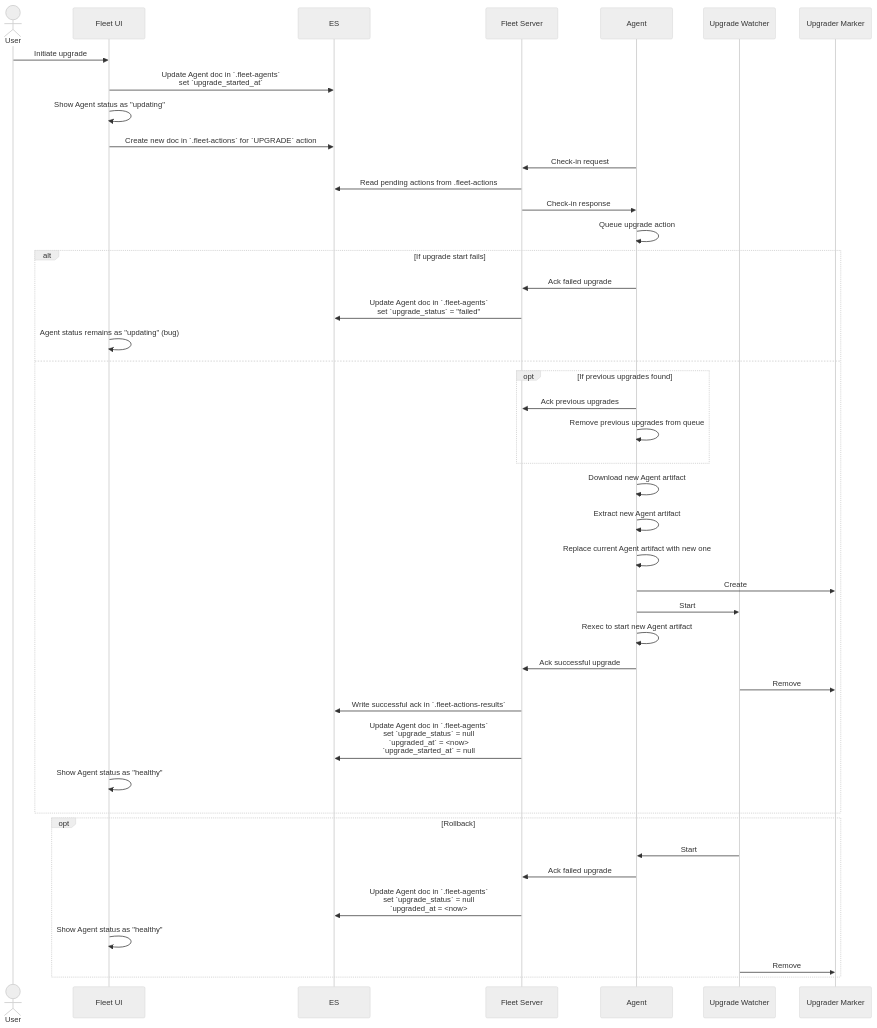
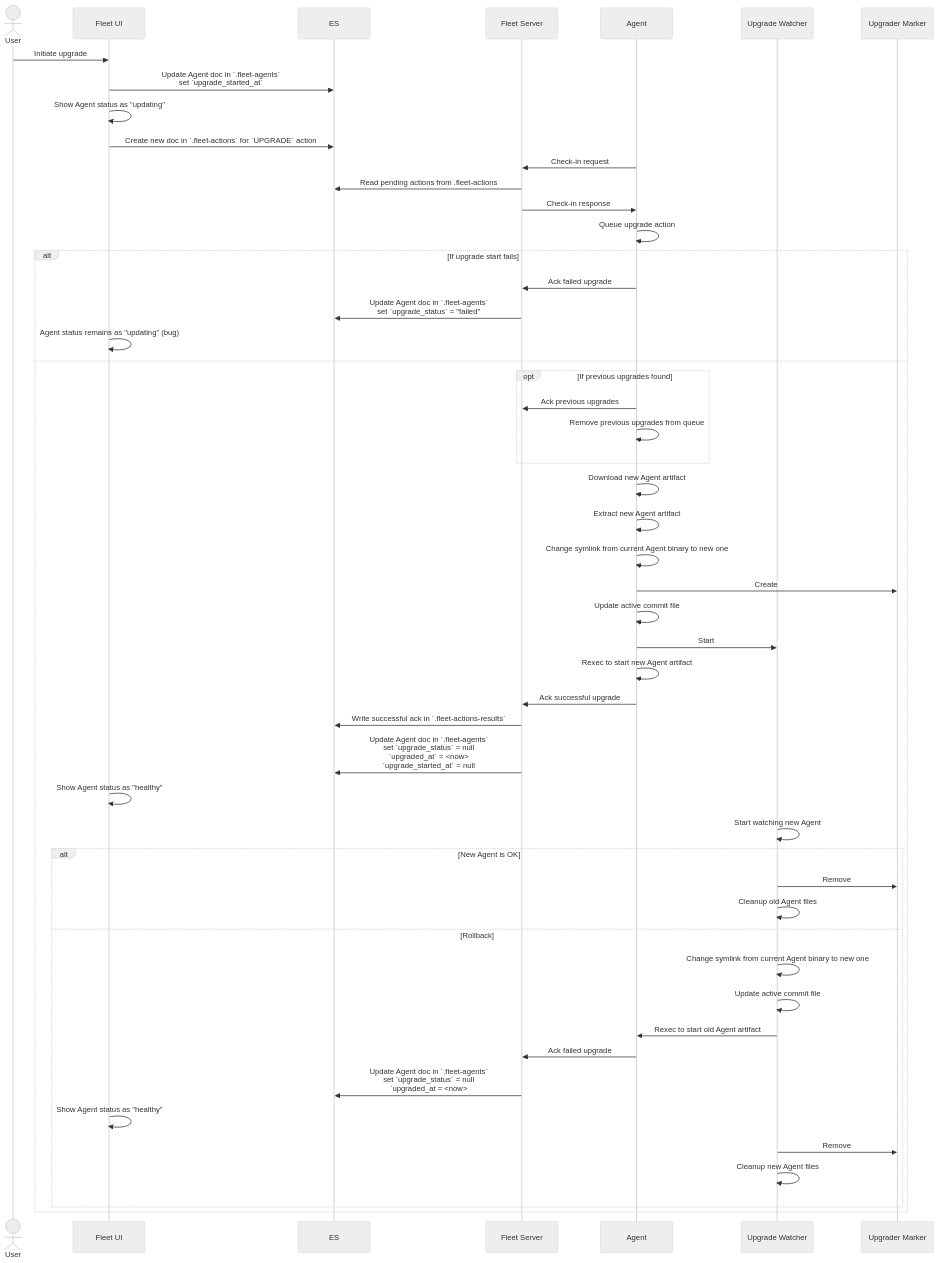
One commit to elastic/elastic-agent changed the diagram in docs/upgrades.md. Above: the diagram before and after it, drawn with Mermaid (neutral theme).

Commit message:
[Developer Documentation] Add details of Upgrade Watcher interactions with Agent and upgrade marker file (#3189)
* Add details of Upgrade Watcher interactions with Agent and upgrade marker file

* Use clearer wording

````diff
--- a/docs/upgrades.md
+++ b/docs/upgrades.md
@@ -10,47 +10,54 @@
 ```mermaid
 sequenceDiagram
     actor U as User
     participant UI as Fleet UI
     participant ES
     participant FS as Fleet Server
     participant A as Agent
     participant UW as Upgrade Watcher
     participant UM as Upgrader Marker
 
     U->>UI: Initiate upgrade
     UI->>ES: Update Agent doc in `.fleet-agents`<br />set `upgrade_started_at`
     UI->>UI: Show Agent status as "updating"
     UI->>ES: Create new doc in `.fleet-actions` for `UPGRADE` action
     A->>FS: Check-in request
     FS->>ES: Read pending actions from .fleet-actions
     FS->>A: Check-in response
     A->>A: Queue upgrade action
     alt If upgrade start fails
        A->>FS: Ack failed upgrade
        FS->>ES: Update Agent doc in `.fleet-agents`<br />set `upgrade_status` = "failed"
        UI->>UI: Agent status remains as "updating" (bug)
     else
        opt If previous upgrades found
           A->>FS: Ack previous upgrades
           A->>A: Remove previous upgrades from queue
        end
        A->>A: Download new Agent artifact
        A->>A: Extract new Agent artifact
-       A->>A: Replace current Agent artifact with new one
+       A->>A: Change symlink from current Agent binary to new one
        A->>UM: Create
+       A->>A: Update active commit file
        A->>UW: Start
        A->>A: Rexec to start new Agent artifact
        A->>FS: Ack successful upgrade
-       UW->>UM: Remove
        FS->>ES: Write successful ack in `.fleet-actions-results`
        FS->>ES: Update Agent doc in `.fleet-agents`<br />set `upgrade_status` = null<br />`upgraded_at` = <now><br />`upgrade_started_at` = null
        UI->>UI: Show Agent status as "healthy"
-   end
-   opt Rollback
-       UW->>A: Start
-       A->>FS: Ack failed upgrade
-       FS->>ES: Update Agent doc in `.fleet-agents`<br />set `upgrade_status` = null<br />`upgraded_at = <now>
-       UI->>UI: Show Agent status as "healthy"
-       UW->>UM: Remove
-   end
+       UW->>UW: Start watching new Agent
+       alt New Agent is OK
+         UW->>UM: Remove
+         UW->>UW: Cleanup old Agent files
+       else Rollback
+         UW->>UW: Change symlink from current Agent binary to new one
+         UW->>UW: Update active commit file
+         UW->>A: Rexec to start old Agent artifact
+         A->>FS: Ack failed upgrade
+         FS->>ES: Update Agent doc in `.fleet-agents`<br />set `upgrade_status` = null<br />`upgraded_at = <now>
+         UI->>UI: Show Agent status as "healthy"
+         UW->>UM: Remove
+         UW->>UW: Cleanup new Agent files
+       end
+    end
 ```
````
